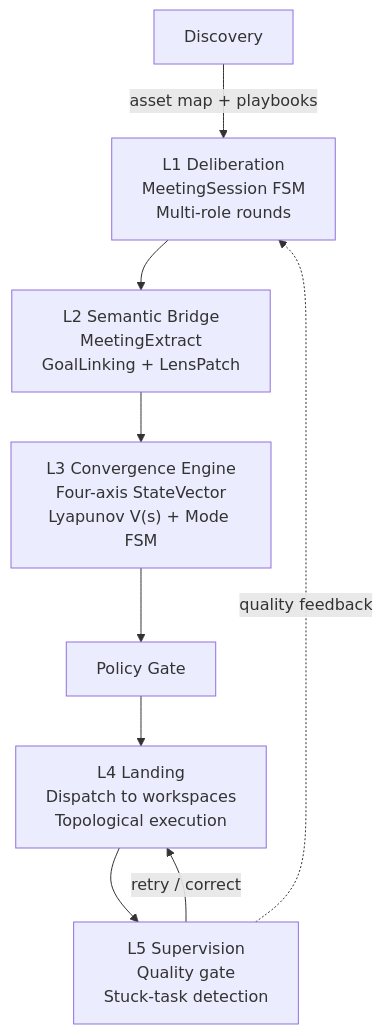
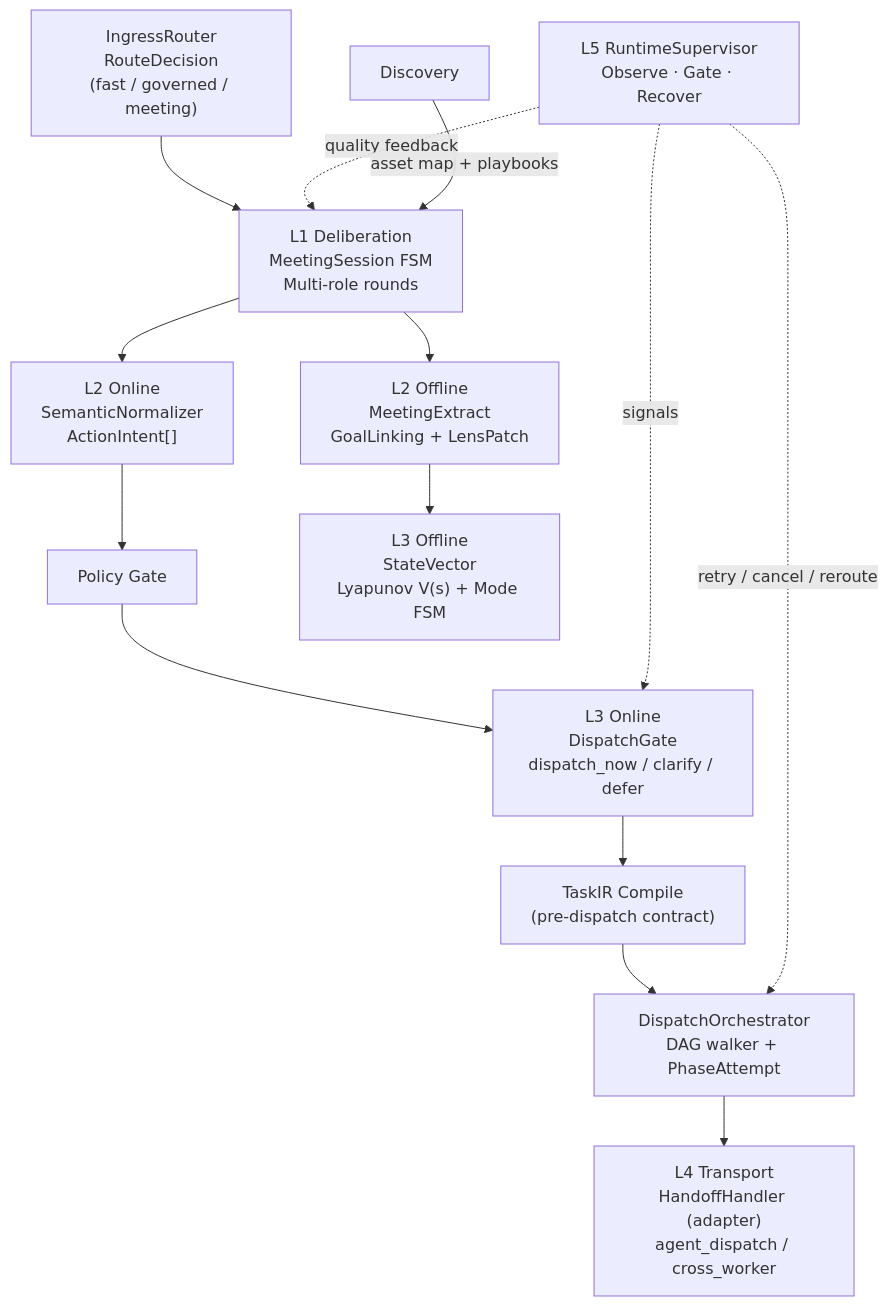
The diagram in docs/core-architecture/meeting-engine-dispatch.md (HansC-anafter/mindscape-ai-local-core), drawn with Mermaid before and after one commit. The commit also changed other lines of this file and 5 other files, not shown here.

First line of the commit message:
docs(docs): update core architecture documentation

````diff
--- a/docs/core-architecture/meeting-engine-dispatch.md
+++ b/docs/core-architecture/meeting-engine-dispatch.md
@@ -16,11 +16,16 @@
 ```mermaid
 graph TD
-    L1["L1 Deliberation<br/>MeetingSession FSM<br/>Multi-role rounds"] --> L2["L2 Semantic Bridge<br/>MeetingExtract<br/>GoalLinking + LensPatch"]
-    L2 --> L3["L3 Convergence Engine<br/>Four-axis StateVector<br/>Lyapunov V(s) + Mode FSM"]
-    L3 --> PG["Policy Gate"]
-    PG --> L4["L4 Landing<br/>Dispatch to workspaces<br/>Topological execution"]
-    L4 --> L5["L5 Supervision<br/>Quality gate<br/>Stuck-task detection"]
-    L5 -->|"retry / correct"| L4
+    IR["IngressRouter<br/>RouteDecision<br/>(fast / governed / meeting)"] --> L1
+    L1["L1 Deliberation<br/>MeetingSession FSM<br/>Multi-role rounds"] --> L2O["L2 Online<br/>SemanticNormalizer<br/>ActionIntent[]"]
+    L2O --> PG["Policy Gate"]
+    PG --> L3O["L3 Online<br/>DispatchGate<br/>dispatch_now / clarify / defer"]
+    L3O --> TIR["TaskIR Compile<br/>(pre-dispatch contract)"]
+    TIR --> DO["DispatchOrchestrator<br/>DAG walker + PhaseAttempt"]
+    DO --> L4["L4 Transport<br/>HandoffHandler (adapter)<br/>agent_dispatch / cross_worker"]
+    L5["L5 RuntimeSupervisor<br/>Observe · Gate · Recover"] -.->|"signals"| L3O
+    L5 -.->|"retry / cancel / reroute"| DO
     L5 -.->|"quality feedback"| L1
+    L2X["L2 Offline<br/>MeetingExtract<br/>GoalLinking + LensPatch"] --> L3X["L3 Offline<br/>StateVector<br/>Lyapunov V(s) + Mode FSM"]
+    L1 --> L2X
     WD["Discovery"] -->|"asset map + playbooks"| L1
 ```
````
